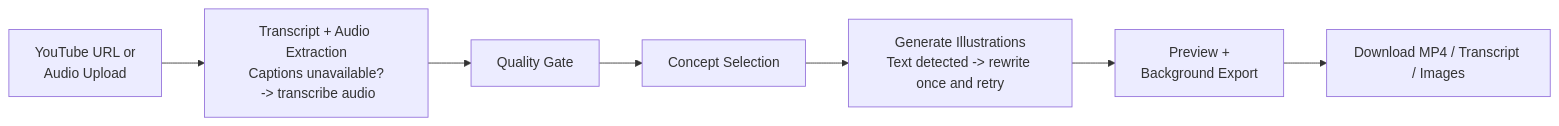
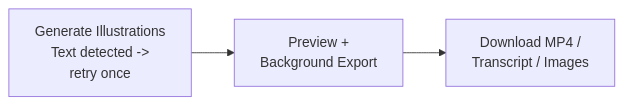
The second of 2 diagrams in README.md (TikeDev/visualang-nunchaku-sundai), drawn with Mermaid before and after one commit. The commit also changed other lines of this file, not shown here.

Commit message:
docs: update README diagram

````diff
--- a/README.md
+++ b/README.md
@@ -21,11 +32,8 @@
 ```mermaid
 flowchart LR
-A["YouTube URL or <br>Audio Upload"] --> B["`Transcript + Audio Extraction
-Captions unavailable?<br> -> transcribe audio`"]
-B --> C["Quality Gate"]
-C --> D["Concept Selection"]
-D --> E["`Generate Illustrations
-Text detected -> rewrite once and retry`"]
-E --> F["Preview +<br> Background Export"]
-F --> G["Download MP4 / Transcript / Images"]
+E["`Generate Illustrations
+Text detected ->
+retry once`"] --> F["`Preview +
+Background Export`"] --> G["`Download MP4 /
+Transcript / Images`"]
 ```
````
